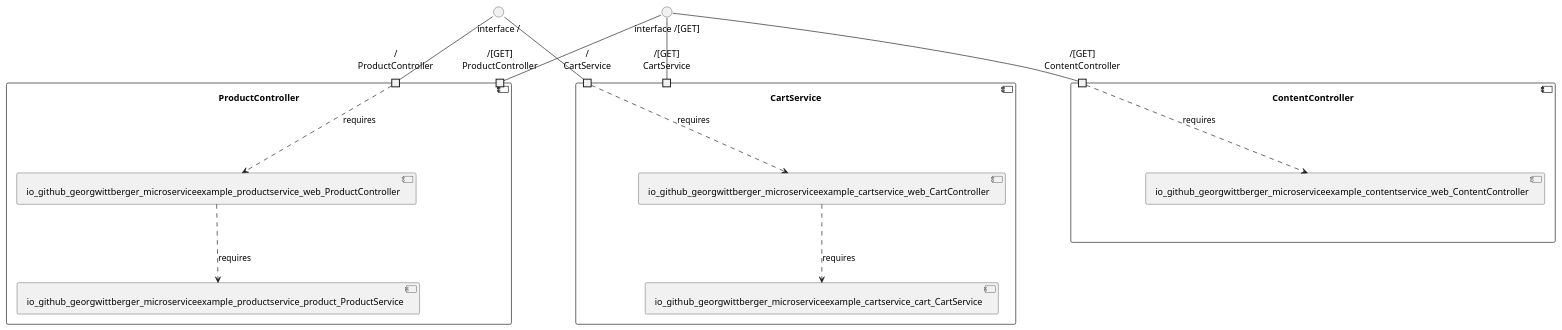
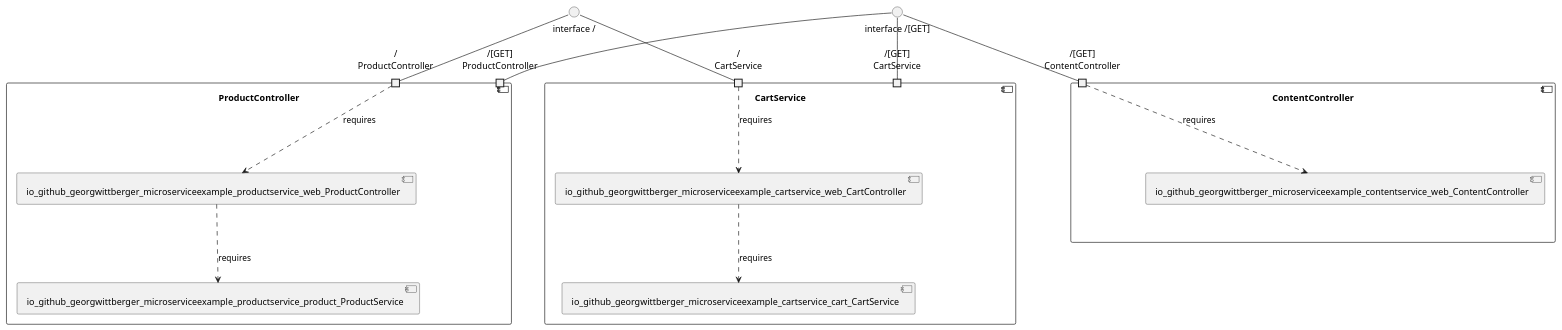
The diagram in georgwittberger-example/model_re/uml/componentDiagram.puml (View-Based-Reverse-Engineering/Retriever-Benchmark), drawn with PlantUML before and after one commit. The commit also changed other lines of this file and 132 other files, not shown here.

```diff
--- a/georgwittberger-example/model_re/uml/componentDiagram.puml
+++ b/georgwittberger-example/model_re/uml/componentDiagram.puml
@@ -1,30 +1,30 @@
 @startuml
 skinparam fixCircleLabelOverlapping true
 component "CartService\n\n\n\n\n\n" {
 [io_github_georgwittberger_microserviceexample_cartservice_web_CartController]
 [io_github_georgwittberger_microserviceexample_cartservice_cart_CartService]
+portin "/\nCartService"
 portin "/[GET]\nCartService"
-portin "/\nCartService"
 [io_github_georgwittberger_microserviceexample_cartservice_web_CartController]..>[io_github_georgwittberger_microserviceexample_cartservice_cart_CartService] : requires
 "/\nCartService"..>[io_github_georgwittberger_microserviceexample_cartservice_web_CartController] : requires
 }
 "interface /"--"/\nCartService"
 "interface /[GET]"--"/[GET]\nCartService"
 component "ContentController\n\n\n\n\n\n" {
 [io_github_georgwittberger_microserviceexample_contentservice_web_ContentController]
 portin "/[GET]\nContentController"
 "/[GET]\nContentController"..>[io_github_georgwittberger_microserviceexample_contentservice_web_ContentController] : requires
 }
 "interface /[GET]"--"/[GET]\nContentController"
 component "ProductController\n\n\n\n\n\n" {
 [io_github_georgwittberger_microserviceexample_productservice_web_ProductController]
 [io_github_georgwittberger_microserviceexample_productservice_product_ProductService]
 portin "/\nProductController"
 portin "/[GET]\nProductController"
 [io_github_georgwittberger_microserviceexample_productservice_web_ProductController]..>[io_github_georgwittberger_microserviceexample_productservice_product_ProductService] : requires
 "/\nProductController"..>[io_github_georgwittberger_microserviceexample_productservice_web_ProductController] : requires
 }
 "interface /"--"/\nProductController"
 "interface /[GET]"--"/[GET]\nProductController"
 
 @enduml
```
